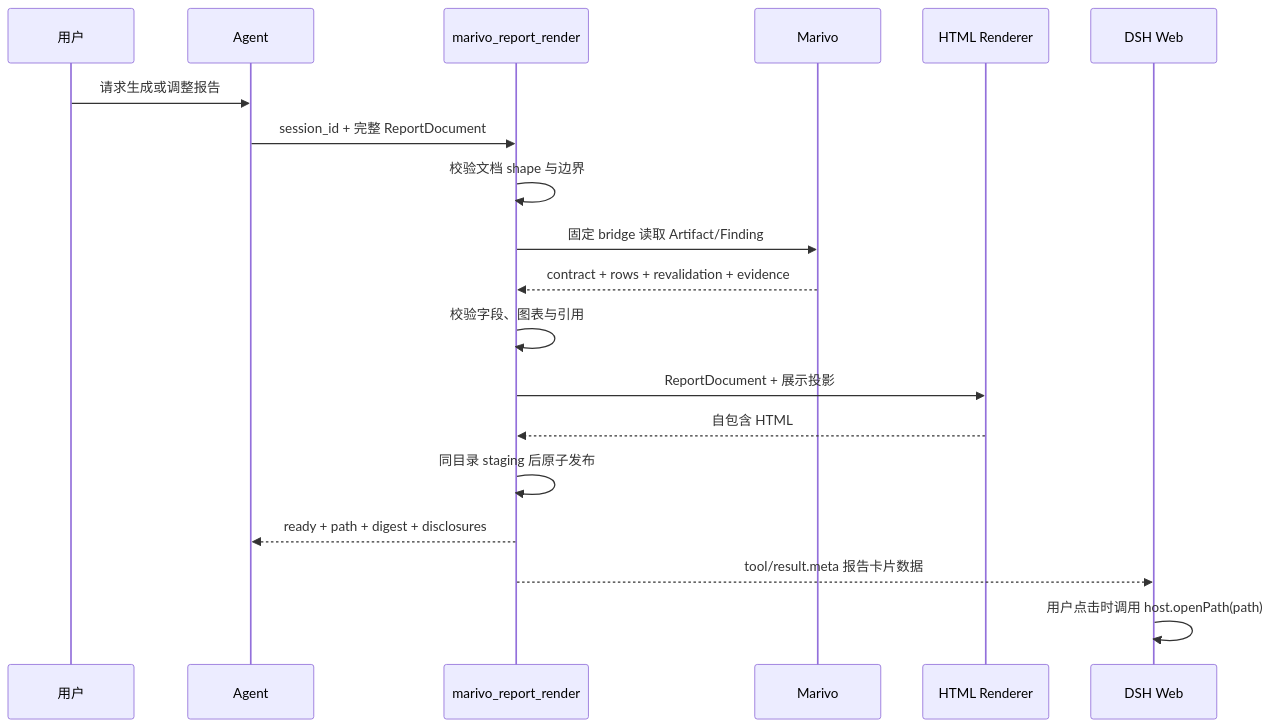
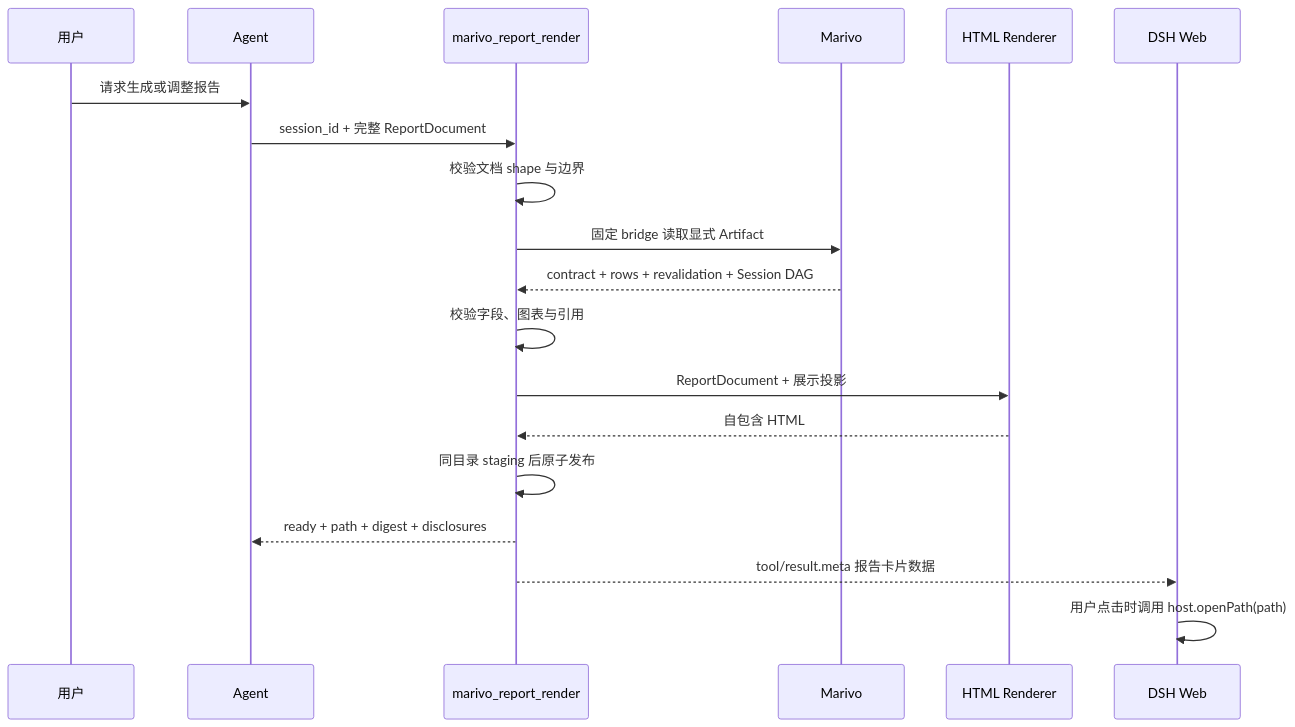
One commit to chengxianglibra/dsh-data-analysis changed the diagram in docs/plan/html-report-rendering-mvp-design.md. Above: the diagram before and after it, drawn with Mermaid. The commit also changed other lines of this file and 19 other files, not shown here.

````diff
--- a/docs/plan/html-report-rendering-mvp-design.md
+++ b/docs/plan/html-report-rendering-mvp-design.md
@@ -89,22 +95,22 @@
 ```mermaid
 sequenceDiagram
   participant U as 用户
   participant A as Agent
   participant T as marivo_report_render
   participant M as Marivo
   participant R as HTML Renderer
   participant D as DSH Web
 
   U->>A: 请求生成或调整报告
   A->>T: session_id + 完整 ReportDocument
   T->>T: 校验文档 shape 与边界
-  T->>M: 固定 bridge 读取 Artifact/Finding
-  M-->>T: contract + rows + revalidation + evidence
+  T->>M: 固定 bridge 读取显式 Artifact
+  M-->>T: contract + rows + revalidation + Session DAG
   T->>T: 校验字段、图表与引用
   T->>R: ReportDocument + 展示投影
   R-->>T: 自包含 HTML
   T->>T: 同目录 staging 后原子发布
   T-->>A: ready + path + digest + disclosures
   T-->>D: tool/result.meta 报告卡片数据
   D->>D: 用户点击时调用 host.openPath(path)
 ```
````
